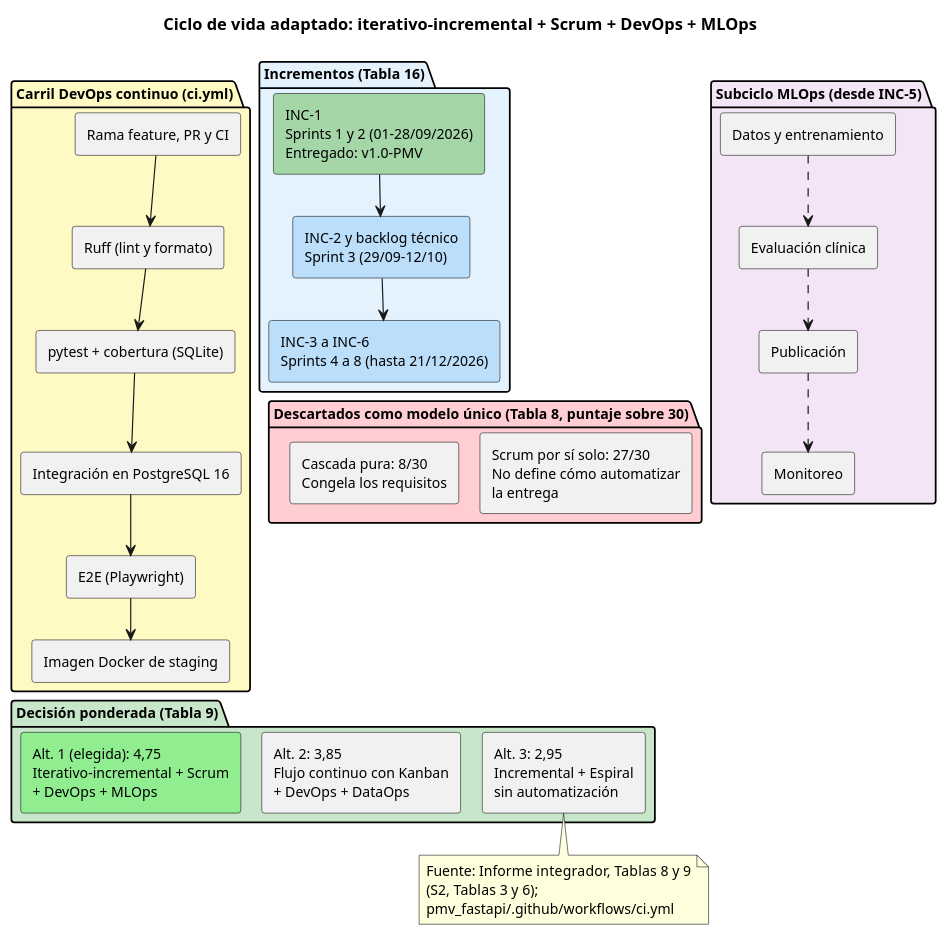
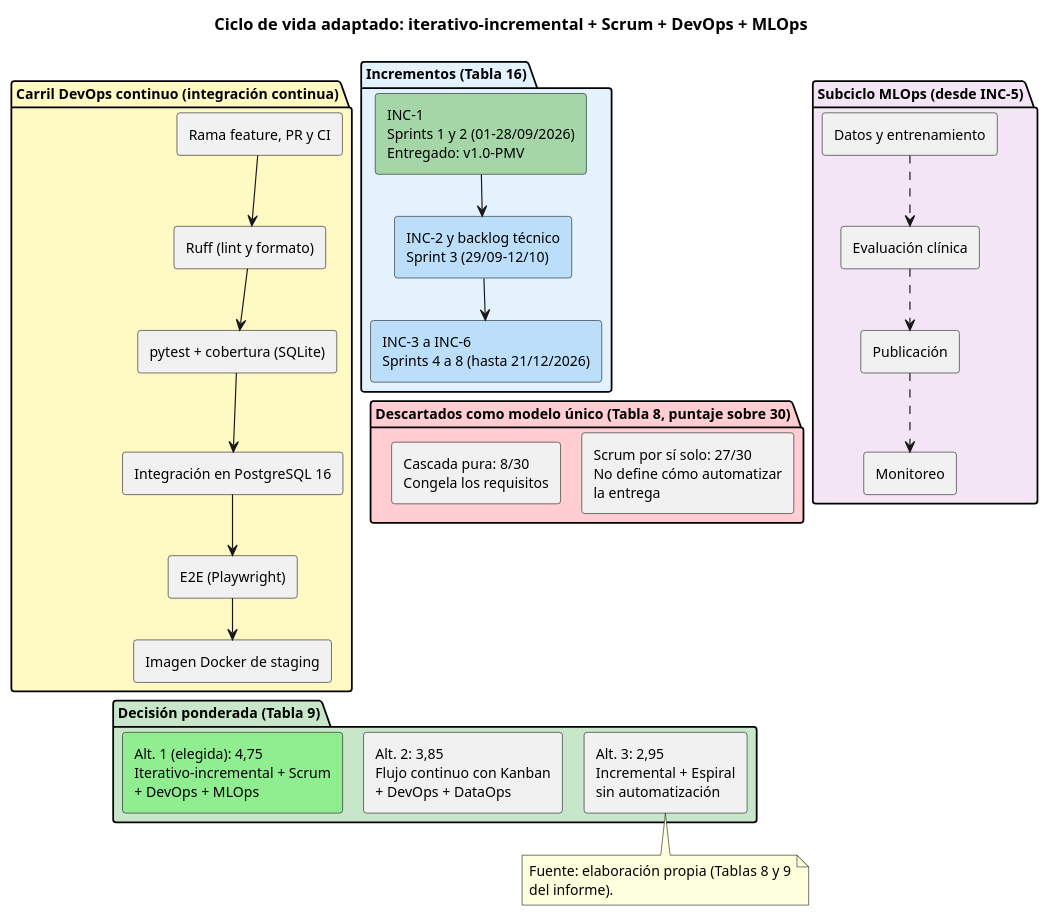
Before and after one commit to woshtsu/ProcesosSoftwareAnemia: the diagram in diagramas/src/51_s6_ciclo_vida_tailoring.puml, drawn with PlantUML. The commit also changed 100 other files, not shown here.

```diff
--- a/diagramas/src/51_s6_ciclo_vida_tailoring.puml
+++ b/diagramas/src/51_s6_ciclo_vida_tailoring.puml
@@ -1,68 +1,68 @@
 @startuml 51_s6_ciclo_vida_tailoring
-' Fuentes: Informe integrador Tablas 8 y 9 (S2 Tablas 3 y 6), Tabla 16 (sprints), ci.yml
+' Fuentes: Informe integrador Tablas 8 y 9 (S2 Tablas 3 y 6), Tabla 16 (sprints); canal de CI = .github/workflows/ci.yml
 !pragma layout smetana
 skinparam backgroundColor #FFFFFF
 skinparam defaultFontName "Arial"
 skinparam defaultFontSize 12
 skinparam wrapWidth 240
 skinparam nodesep 25
 skinparam ranksep 30
 
 title Ciclo de vida adaptado: iterativo-incremental + Scrum + DevOps + MLOps
 
 package "Incrementos (Tabla 16)" #E3F2FD {
   rectangle "INC-1\nSprints 1 y 2 (01-28/09/2026)\nEntregado: v1.0-PMV" as INC1 #A5D6A7
   rectangle "INC-2 y backlog técnico\nSprint 3 (29/09-12/10)" as INC2 #BBDEFB
   rectangle "INC-3 a INC-6\nSprints 4 a 8 (hasta 21/12/2026)" as INC3 #BBDEFB
   INC1 --> INC2
   INC2 --> INC3
 }
 
-package "Carril DevOps continuo (ci.yml)" #FFF9C4 {
+package "Carril DevOps continuo (integración continua)" #FFF9C4 {
   rectangle "Rama feature, PR y CI" as DF1
   rectangle "Ruff (lint y formato)" as DF3
   rectangle "pytest + cobertura (SQLite)" as DF4
   rectangle "Integración en PostgreSQL 16" as DF5
   rectangle "E2E (Playwright)" as DF6
   rectangle "Imagen Docker de staging" as DF7
   DF1 --> DF3
   DF3 --> DF4
   DF4 --> DF5
   DF5 --> DF6
   DF6 --> DF7
 }
 
 package "Subciclo MLOps (desde INC-5)" #F3E5F5 {
   rectangle "Datos y entrenamiento" as MLO1
   rectangle "Evaluación clínica" as MLO2
   rectangle "Publicación" as MLO3
   rectangle "Monitoreo" as MLO4
   MLO1 ..> MLO2
   MLO2 ..> MLO3
   MLO3 ..> MLO4
 }
 
 package "Descartados como modelo único (Tabla 8, puntaje sobre 30)" #FFCDD2 {
   rectangle "Cascada pura: 8/30\nCongela los requisitos" as NO1
   rectangle "Scrum por sí solo: 27/30\nNo define cómo automatizar\nla entrega" as NO2
 }
 
 package "Decisión ponderada (Tabla 9)" #C8E6C9 {
   rectangle "Alt. 1 (elegida): 4,75\nIterativo-incremental + Scrum\n+ DevOps + MLOps" as DEC1 #90EE90
   rectangle "Alt. 2: 3,85\nFlujo continuo con Kanban\n+ DevOps + DataOps" as DEC2
   rectangle "Alt. 3: 2,95\nIncremental + Espiral\nsin automatización" as DEC3
 }
 
 INC1 -[hidden]right-> DF1
 DF1 -[hidden]right-> MLO1
 NO1 -[hidden]right-> NO2
 DEC1 -[hidden]right-> DEC2
 DEC2 -[hidden]right-> DEC3
 INC3 -[hidden]down-> NO1
 DF7 -[hidden]down-> DEC1
 
 note bottom
-  Fuente: Informe integrador, Tablas 8 y 9 (S2, Tablas 3 y 6); pmv_fastapi/.github/workflows/ci.yml
+  Fuente: elaboración propia (Tablas 8 y 9 del informe).
 end note
 
 @enduml
```
